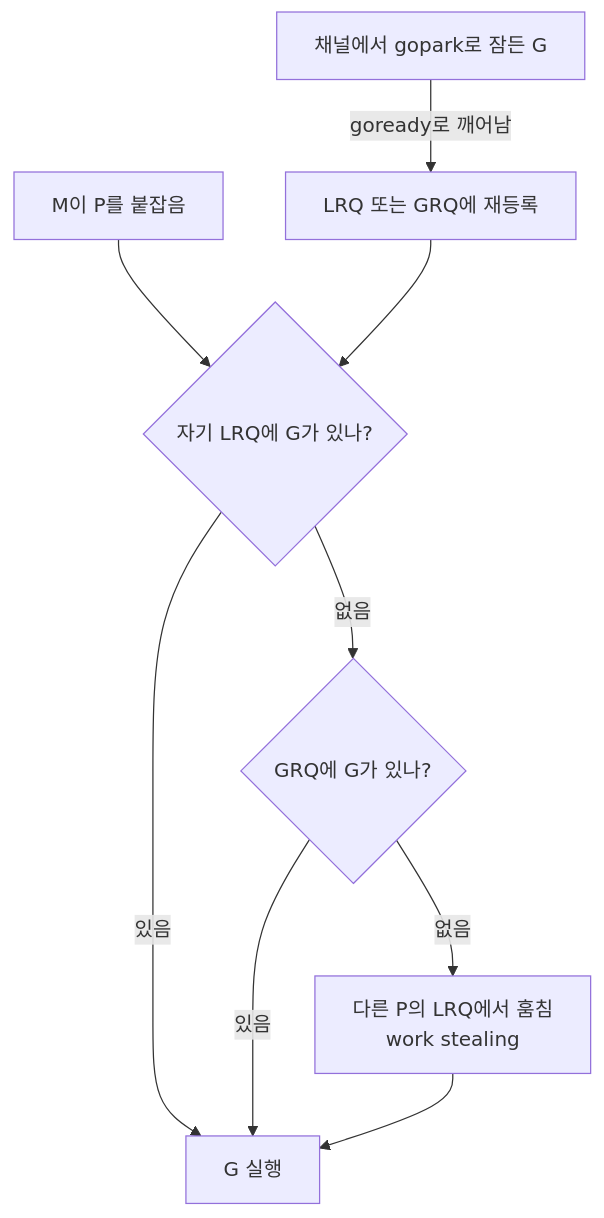
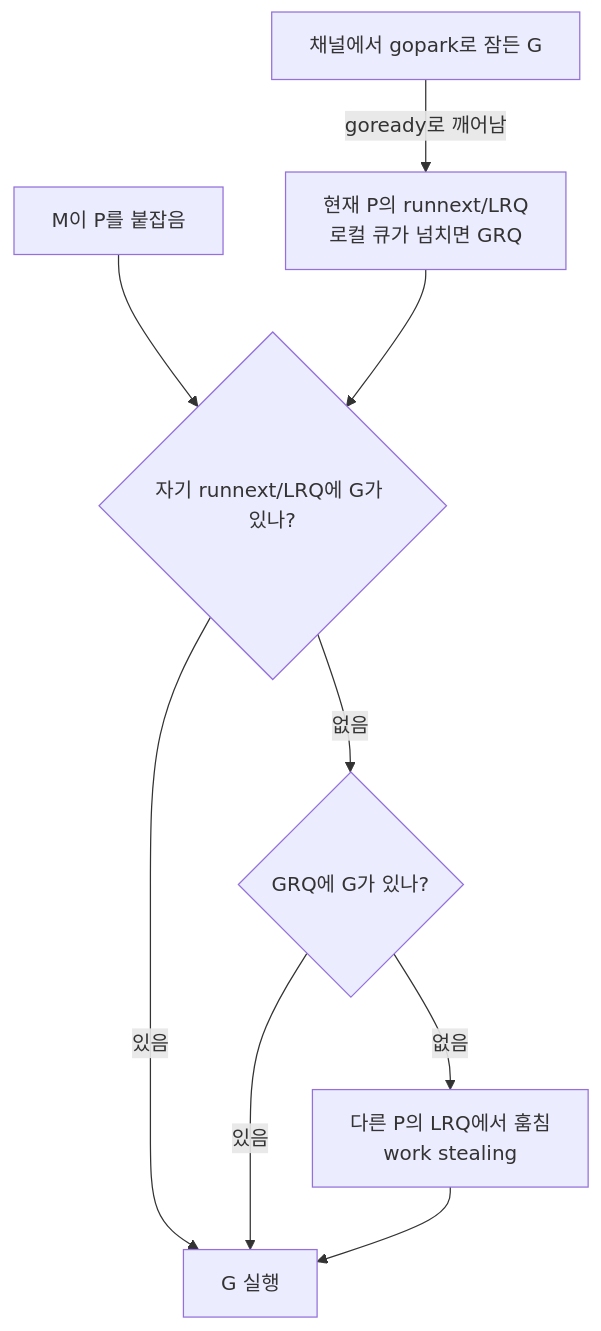
Before and after one commit to DSeung001/dseung001.github.io: the third of 5 diagrams in content/posts/2026/07/28/go-chan-analysis/index.md, drawn with Mermaid. The commit also changed other lines of this file and 10 other files, not shown here.

````diff
--- a/content/posts/2026/07/28/go-chan-analysis/index.md
+++ b/content/posts/2026/07/28/go-chan-analysis/index.md
@@ -390,11 +391,11 @@
 ```mermaid
 flowchart TD
-    start["M이 P를 붙잡음"] --> lrq{"자기 LRQ에 G가 있나?"}
+    start["M이 P를 붙잡음"] --> lrq{"자기 runnext/LRQ에 G가 있나?"}
     lrq -->|있음| run["G 실행"]
     lrq -->|없음| grq{"GRQ에 G가 있나?"}
     grq -->|있음| run
     grq -->|없음| steal["다른 P의 LRQ에서 훔침<br/>work stealing"]
     steal --> run
-    park["채널에서 gopark로 잠든 G"] -->|goready로 깨어남| enqueue["LRQ 또는 GRQ에 재등록"]
+    park["채널에서 gopark로 잠든 G"] -->|goready로 깨어남| enqueue["현재 P의 runnext/LRQ<br/>로컬 큐가 넘치면 GRQ"]
     enqueue --> lrq
 ```
````
